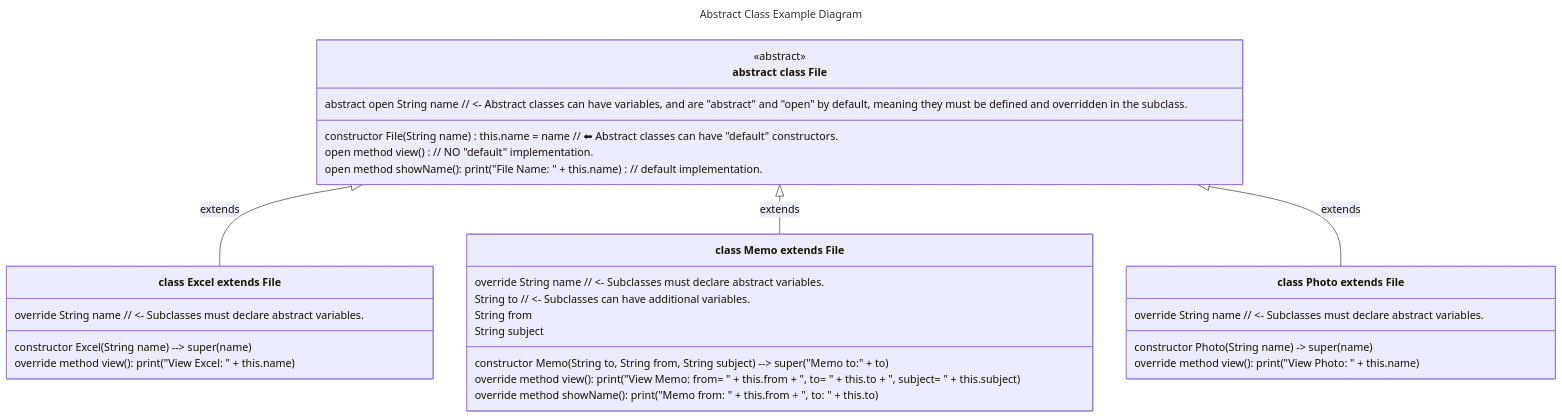
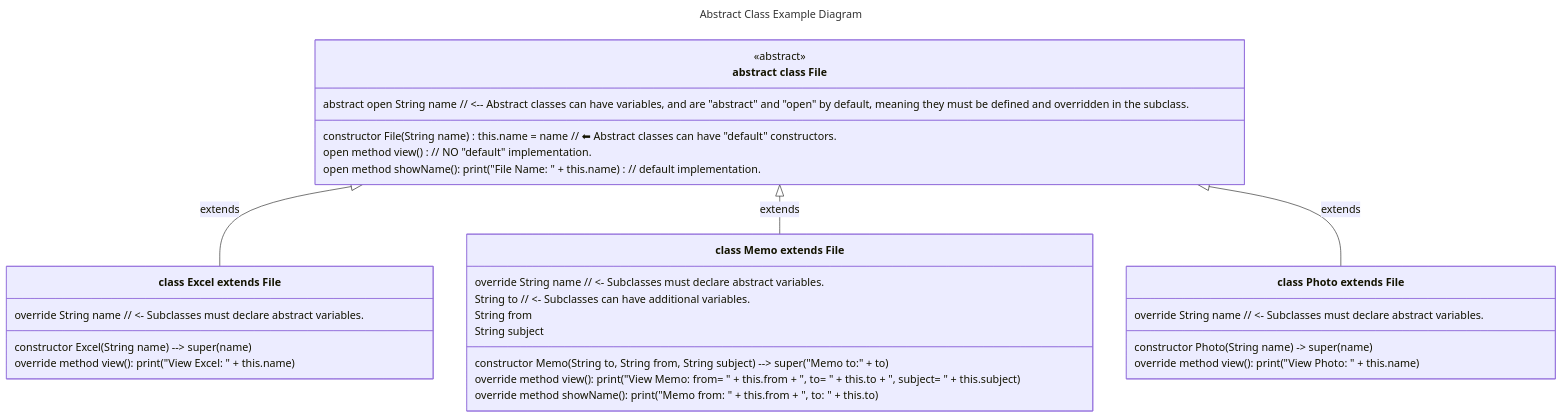
Before and after one commit to realityexpander/How_to_program_from_ground_up: the sixth of 8 diagrams in 09-ClassOrientedProgramming.md, drawn with Mermaid.

Commit message:
improve code examples

````diff
--- a/09-ClassOrientedProgramming.md
+++ b/09-ClassOrientedProgramming.md
@@ -693,47 +693,47 @@
     ```mermaid
     ---
     title: Abstract Class Example Diagram
       
     ---
     classDiagram
     direction TB
     File <|-- Excel : extends
     File <|-- Memo : extends
     File <|-- Photo : extends
       
     class File["abstract class File"] {
-       abstract open String name  // <- Abstract classes can have variables, and are "abstract" and "open" by default, meaning they must be defined and overridden in the subclass.
+       abstract open String name  // <-- Abstract classes can have variables, and are "abstract" and "open" by default, meaning they must be defined and overridden in the subclass.
        
        constructor File(String name) this.name = name // ⬅︎ Abstract classes can have "default" constructors.
         
        open method view() // NO "default" implementation.
        open method showName(): print("File Name: " + this.name) // default implementation.
     }
     <<abstract>> File 
       
     class Excel["class Excel extends File"] {
        override String name // <- Subclasses must declare abstract variables.
     
        constructor Excel(String name) --> super(name)
     
        override method view(): print("View Excel: " + this.name) 
     }
     class Memo["class Memo extends File"] {
        override String name // <- Subclasses must declare abstract variables.
        String to  // <- Subclasses can have additional variables.
        String from
        String subject
     
        constructor Memo(String to, String from, String subject) --> super("Memo to:" + to)
        
        override method view(): print("View Memo: from= " + this.from + ", to= " + this.to + ", subject= " + this.subject) 
        override method showName(): print("Memo from: " + this.from + ", to: " + this.to)
     }
     class Photo["class Photo extends File"] {
        override String name // <- Subclasses must declare abstract variables.
     
        constructor Photo(String name) -> super(name)
        
        override method view(): print("View Photo: " + this.name)
     }
     ```
````
